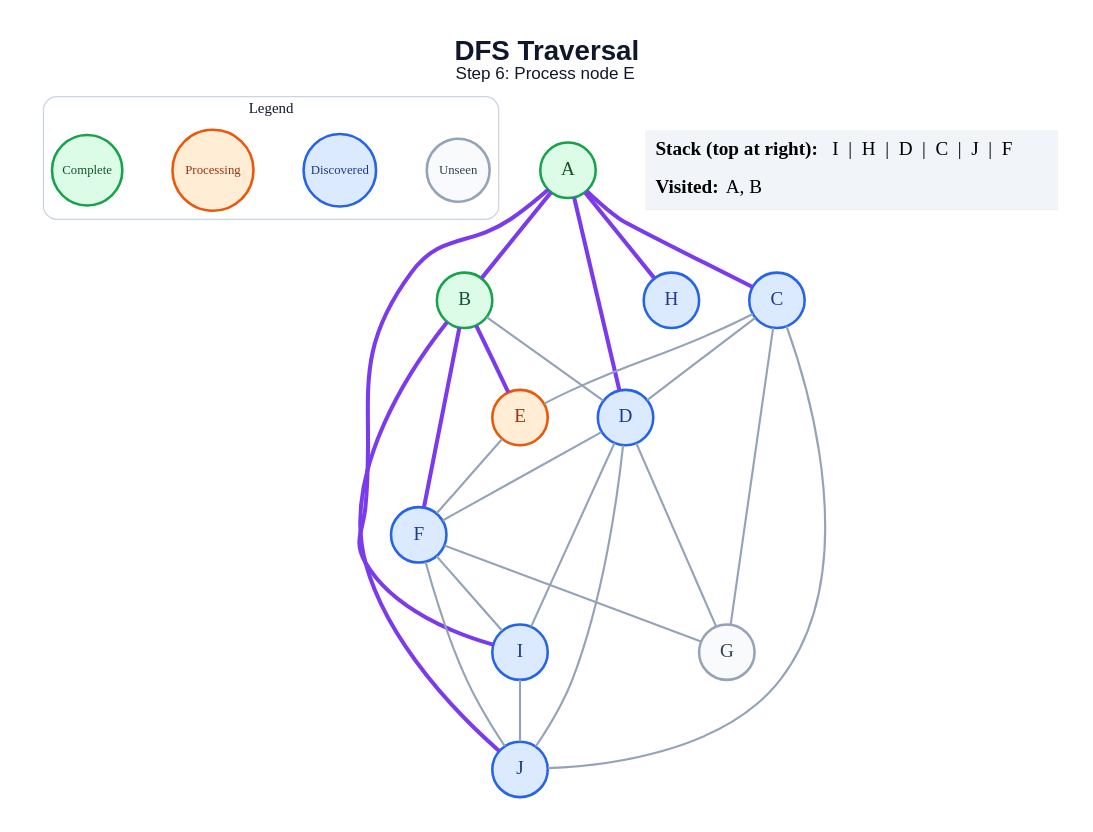
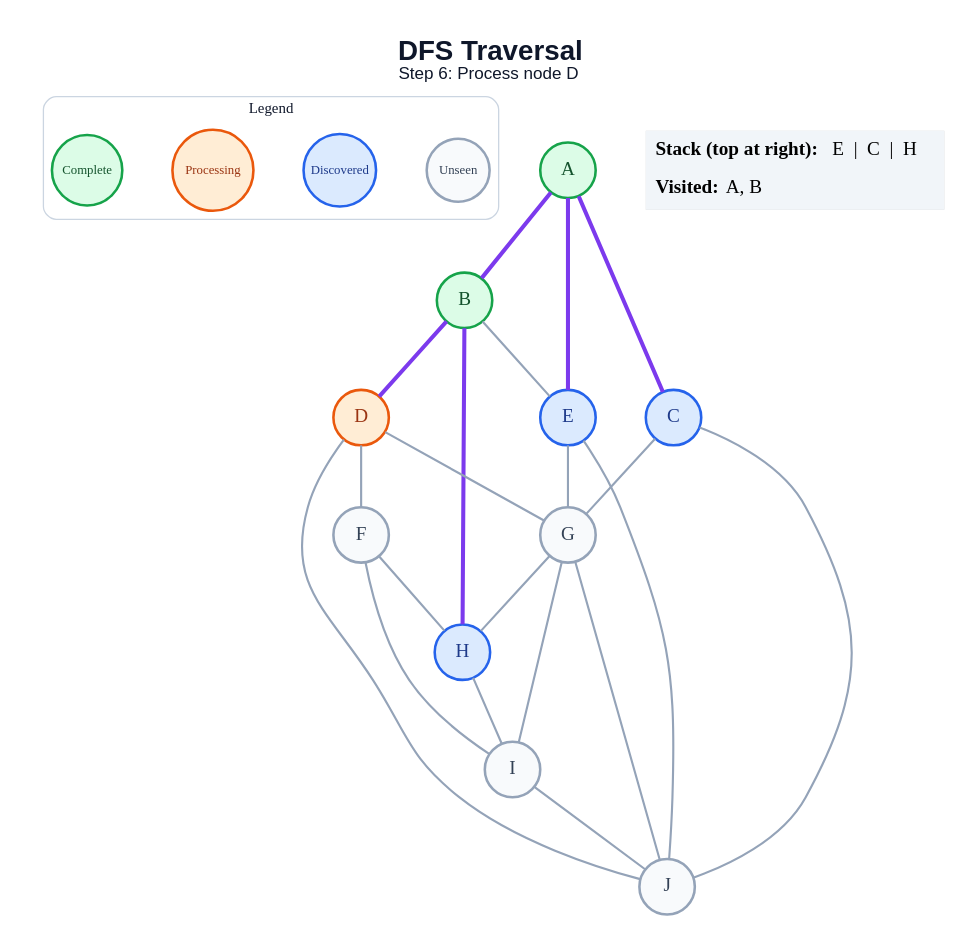
One commit to anon7238593-create/ai-slop changed the diagram in generated/dfs/step_06.dot. Above: the diagram before and after it, drawn with Graphviz. The commit also changed 171 other files, not shown here.

```diff
--- a/generated/dfs/step_06.dot
+++ b/generated/dfs/step_06.dot
@@ -1,51 +1,49 @@
 graph traversal {
   graph [layout=dot, rankdir=TB, bgcolor="#FFFFFF", pad="0.35", nodesep="0.65", ranksep="0.8", fontname="Arial"];
   node [shape=circle, style="filled", fontname="Arial Bold", fontsize=18, width=0.72, fixedsize=true, penwidth=2.4];
   edge [color="#94A3B8", penwidth=2.0];
-  label=<<B>DFS Traversal</B><BR/><FONT POINT-SIZE="16">Step 6: Process node E</FONT>>; labelloc="t"; fontsize=26; fontname="Arial"; fontcolor="#0F172A";
+  label=<<B>DFS Traversal</B><BR/><FONT POINT-SIZE="16">Step 6: Process node D</FONT>>; labelloc="t"; fontsize=26; fontname="Arial"; fontcolor="#0F172A";
   subgraph cluster_legend { label="Legend"; color="#CBD5E1"; penwidth=1.2; style="rounded"; fontsize=14; fontname="Arial Bold";
     key_unseen [label="Unseen", fillcolor="#F8FAFC", color="#94A3B8", fontcolor="#334155", fontsize=12, width=0.82];
     key_frontier [label="Discovered", fillcolor="#DBEAFE", color="#2563EB", fontcolor="#1E3A8A", fontsize=12, width=0.95];
     key_current [label="Processing", fillcolor="#FFEDD5", color="#EA580C", fontcolor="#9A3412", fontsize=12, width=1.05];
     key_done [label="Complete", fillcolor="#DCFCE7", color="#16A34A", fontcolor="#14532D", fontsize=12, width=0.92];
     { rank=same; key_unseen; key_frontier; key_current; key_done; }
   }
   A [fillcolor="#DCFCE7", color="#16A34A", fontcolor="#14532D"];
   B [fillcolor="#DCFCE7", color="#16A34A", fontcolor="#14532D"];
   C [fillcolor="#DBEAFE", color="#2563EB", fontcolor="#1E3A8A"];
-  D [fillcolor="#DBEAFE", color="#2563EB", fontcolor="#1E3A8A"];
-  E [fillcolor="#FFEDD5", color="#EA580C", fontcolor="#9A3412"];
-  F [fillcolor="#DBEAFE", color="#2563EB", fontcolor="#1E3A8A"];
+  D [fillcolor="#FFEDD5", color="#EA580C", fontcolor="#9A3412"];
+  E [fillcolor="#DBEAFE", color="#2563EB", fontcolor="#1E3A8A"];
+  F [fillcolor="#F8FAFC", color="#94A3B8", fontcolor="#334155"];
   G [fillcolor="#F8FAFC", color="#94A3B8", fontcolor="#334155"];
   H [fillcolor="#DBEAFE", color="#2563EB", fontcolor="#1E3A8A"];
-  I [fillcolor="#DBEAFE", color="#2563EB", fontcolor="#1E3A8A"];
-  J [fillcolor="#DBEAFE", color="#2563EB", fontcolor="#1E3A8A"];
+  I [fillcolor="#F8FAFC", color="#94A3B8", fontcolor="#334155"];
+  J [fillcolor="#F8FAFC", color="#94A3B8", fontcolor="#334155"];
   A -- B [color="#7C3AED", penwidth=3.8];
   A -- C [color="#7C3AED", penwidth=3.8];
-  A -- D [color="#7C3AED", penwidth=3.8];
-  A -- H [color="#7C3AED", penwidth=3.8];
-  A -- I [color="#7C3AED", penwidth=3.8];
-  B -- D;
-  B -- E [color="#7C3AED", penwidth=3.8];
-  B -- F [color="#7C3AED", penwidth=3.8];
-  B -- J [color="#7C3AED", penwidth=3.8];
-  C -- D;
-  C -- E;
+  A -- E [color="#7C3AED", penwidth=3.8];
+  B -- D [color="#7C3AED", penwidth=3.8];
+  B -- E;
+  B -- H [color="#7C3AED", penwidth=3.8];
   C -- G;
   C -- J;
   D -- F;
   D -- G;
-  D -- I;
   D -- J;
-  E -- F;
-  F -- G;
+  E -- G;
+  E -- J;
+  F -- H;
   F -- I;
-  F -- J;
+  G -- H;
+  G -- I;
+  G -- J;
+  H -- I;
   I -- J;
   status [shape=plain, fixedsize=false, width=0, height=0, margin=0, label=<
     <TABLE BORDER="0" CELLBORDER="0" CELLPADDING="7" BGCOLOR="#F1F5F9">
-      <TR><TD ALIGN="LEFT"><B>Stack (top at right):</B> I  |  H  |  D  |  C  |  J  |  F</TD></TR>
+      <TR><TD ALIGN="LEFT"><B>Stack (top at right):</B> E  |  C  |  H</TD></TR>
       <TR><TD ALIGN="LEFT"><B>Visited:</B> A, B</TD></TR>
     </TABLE>
   >];
 }
```
